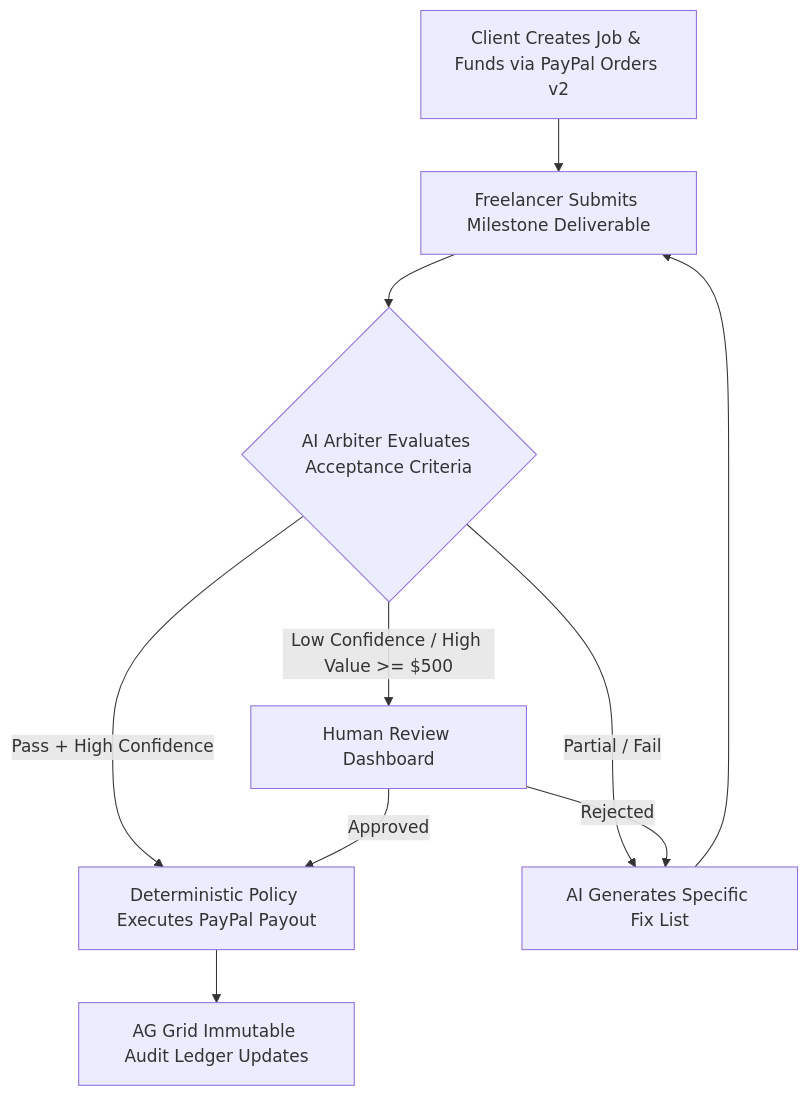
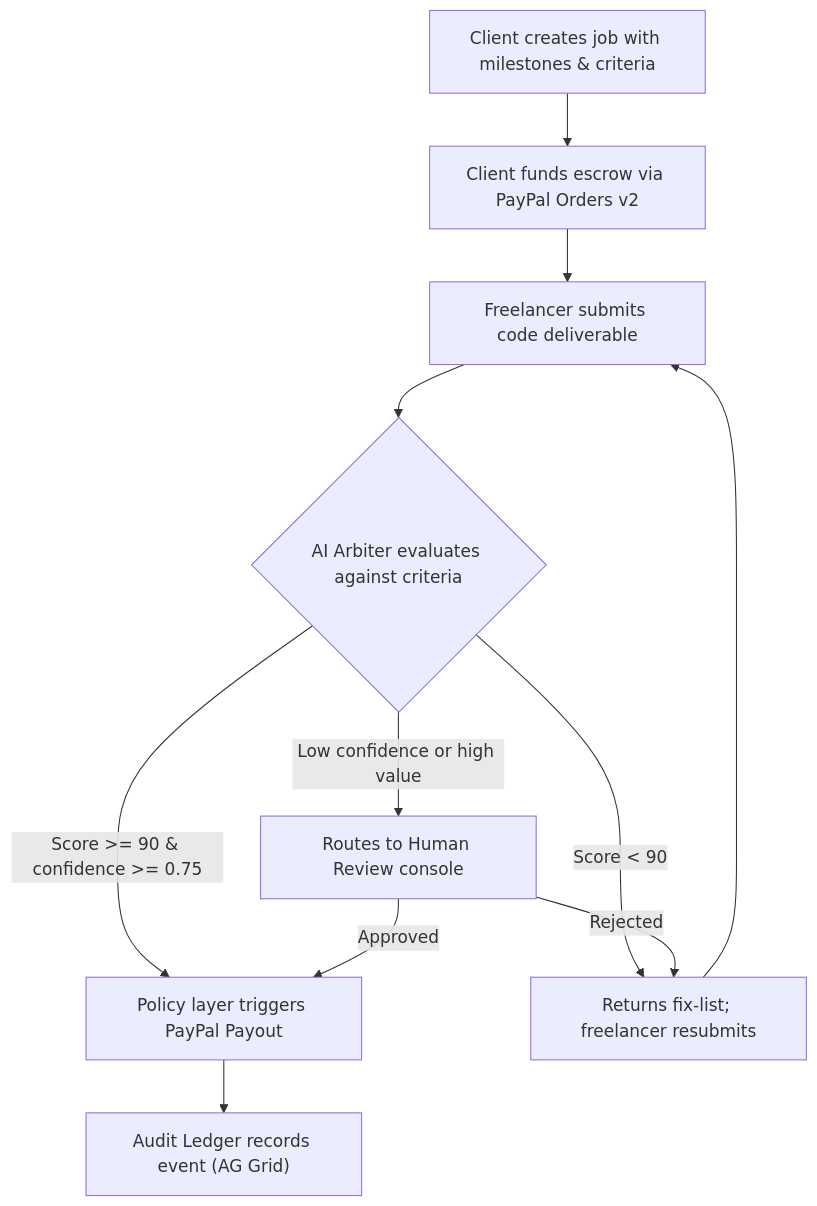
The diagram in README.md (zerokali20/ArbiterPay), drawn with Mermaid before and after one commit. The commit also changed other lines of this file and 1 other file, not shown here.

Commit message:
docs: rewrite README with architecture, API routes, and sandbox accounts; update .env.example

````diff
--- a/README.md
+++ b/README.md
@@ -55,12 +55,13 @@
 ```mermaid
 graph TD
-    A[Client Creates Job & Funds via PayPal Orders v2] --> B[Freelancer Submits Milestone Deliverable]
-    B --> C{AI Arbiter Evaluates Acceptance Criteria}
-    C -->|Pass + High Confidence| D[Deterministic Policy Executes PayPal Payout]
-    C -->|Partial / Fail| E[AI Generates Specific Fix List]
-    E --> B
-    C -->|Low Confidence / High Value >= $500| F[Human Review Dashboard]
-    F -->|Approved| D
-    F -->|Rejected| E
-    D --> G[AG Grid Immutable Audit Ledger Updates]
+    A["Client creates job with milestones & criteria"] --> B["Client funds escrow via PayPal Orders v2"]
+    B --> C["Freelancer submits code deliverable"]
+    C --> D{"AI Arbiter evaluates against criteria"}
+    D -->|"Score >= 90 & confidence >= 0.75"| E["Policy layer triggers PayPal Payout"]
+    D -->|"Score < 90"| F["Returns fix-list; freelancer resubmits"]
+    D -->|"Low confidence or high value"| G["Routes to Human Review console"]
+    G -->|Approved| E
+    G -->|Rejected| F
+    E --> H["Audit Ledger records event (AG Grid)"]
+    F --> C
 ```
````
